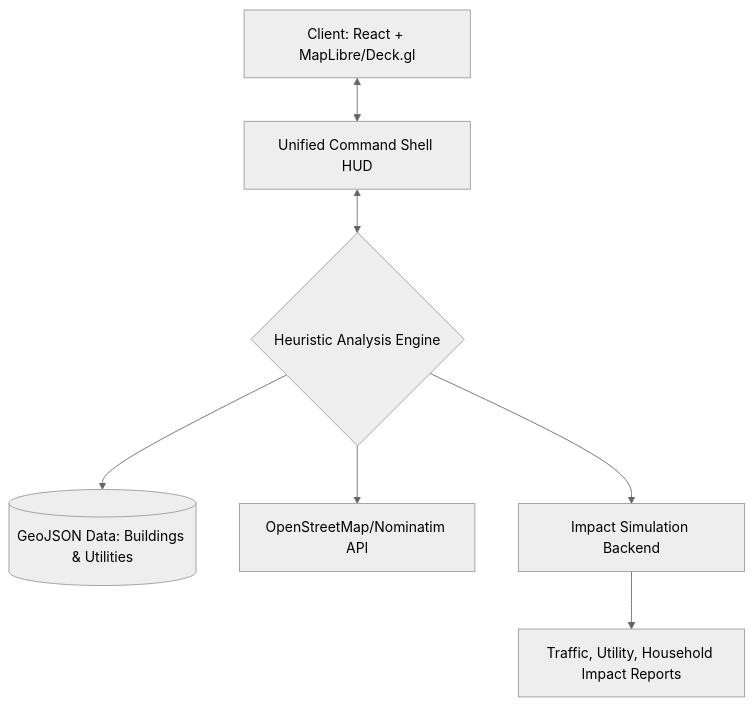
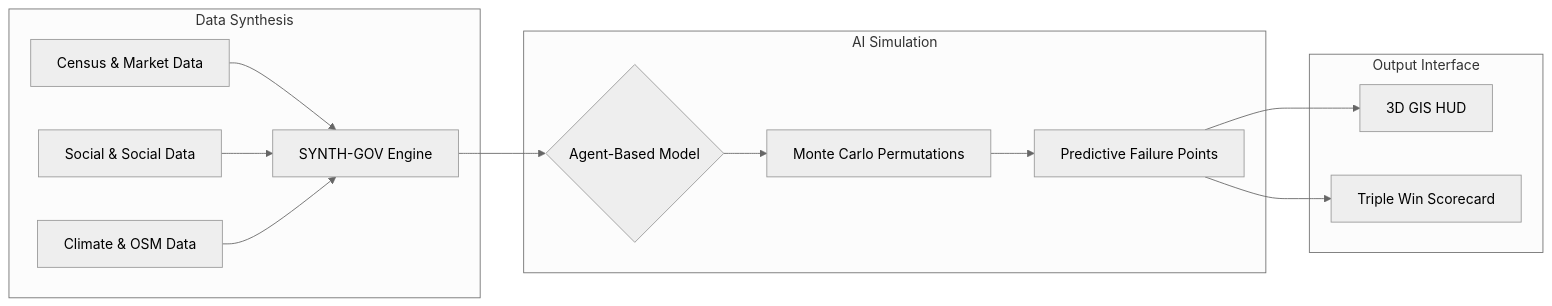
The diagram in README.md (bharathkumar000/nexus-twin-beng), drawn with Mermaid (neutral theme) before and after one commit. The commit also changed other lines of this file and 1 other file, not shown here.

````diff
--- a/README.md
+++ b/README.md
@@ -20,9 +71,19 @@
 ```mermaid
-graph TD
-    A[Client: React + MapLibre/Deck.gl] <--> B[Unified Command Shell HUD]
-    B <--> C{Heuristic Analysis Engine}
-    C --> D[(GeoJSON Data: Buildings & Utilities)]
-    C --> E[OpenStreetMap/Nominatim API]
-    C --> F[Impact Simulation Backend]
-    F --> G[Traffic, Utility, Household Impact Reports]
+graph LR
+    subgraph "Data Synthesis"
+    A[Census & Market Data] --> E[SYNTH-GOV Engine]
+    B[Social & Social Data] --> E
+    C[Climate & OSM Data] --> E
+    end
+    
+    subgraph "AI Simulation"
+    E --> F{Agent-Based Model}
+    F --> G[Monte Carlo Permutations]
+    G --> H[Predictive Failure Points]
+    end
+    
+    subgraph "Output Interface"
+    H --> I[3D GIS HUD]
+    H --> J[Triple Win Scorecard]
+    end
 ```
````
